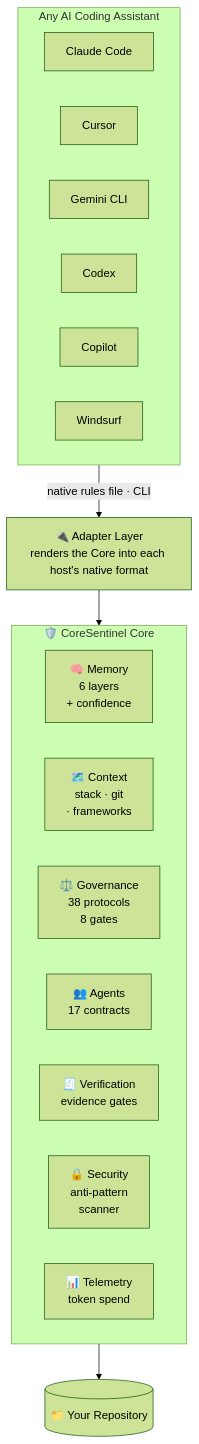
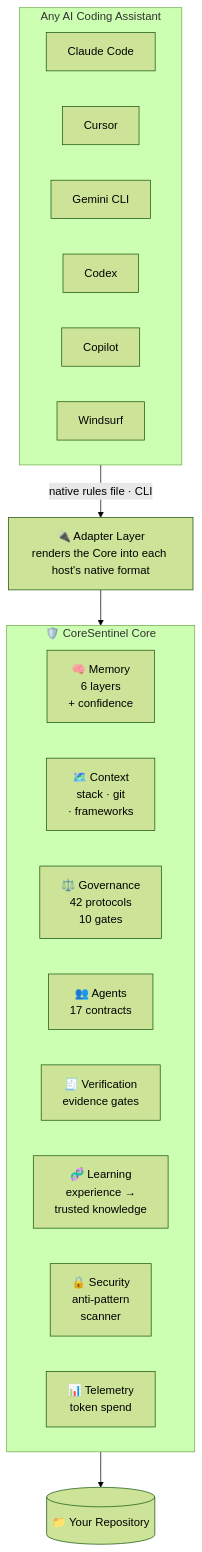
Before and after one commit to wafazz/CoreSentinel: the first of 2 diagrams in README.md, drawn with Mermaid (forest theme). The commit also changed other lines of this file, not shown here.

First line of the commit message:
docs: bring the README up to date with the learning engine

````diff
--- a/README.md
+++ b/README.md
@@ -62,31 +63,32 @@
 ```mermaid
 flowchart TB
     subgraph Hosts[" Any AI Coding Assistant "]
         direction LR
         H1["Claude Code"]
         H2["Cursor"]
         H3["Gemini CLI"]
         H4["Codex"]
         H5["Copilot"]
         H6["Windsurf"]
     end
 
     Hosts -->|"native rules file · CLI"| Adapter
 
     Adapter["🔌 Adapter Layer<br/>renders the Core into each host's native format"]
 
     Adapter --> Core
 
     subgraph Core[" 🛡️ CoreSentinel Core "]
         direction LR
         M["🧠 Memory<br/>6 layers<br/>+ confidence"]
         C["🗺️ Context<br/>stack · git<br/>· frameworks"]
-        G["⚖️ Governance<br/>38 protocols<br/>8 gates"]
+        G["⚖️ Governance<br/>42 protocols<br/>10 gates"]
         A["👥 Agents<br/>17 contracts"]
         V["🧾 Verification<br/>evidence gates"]
+        L["🧬 Learning<br/>experience →<br/>trusted knowledge"]
         S["🔒 Security<br/>anti-pattern<br/>scanner"]
         T["📊 Telemetry<br/>token spend"]
     end
 
     Core --> Repo[("📁 Your Repository")]
 ```
````
